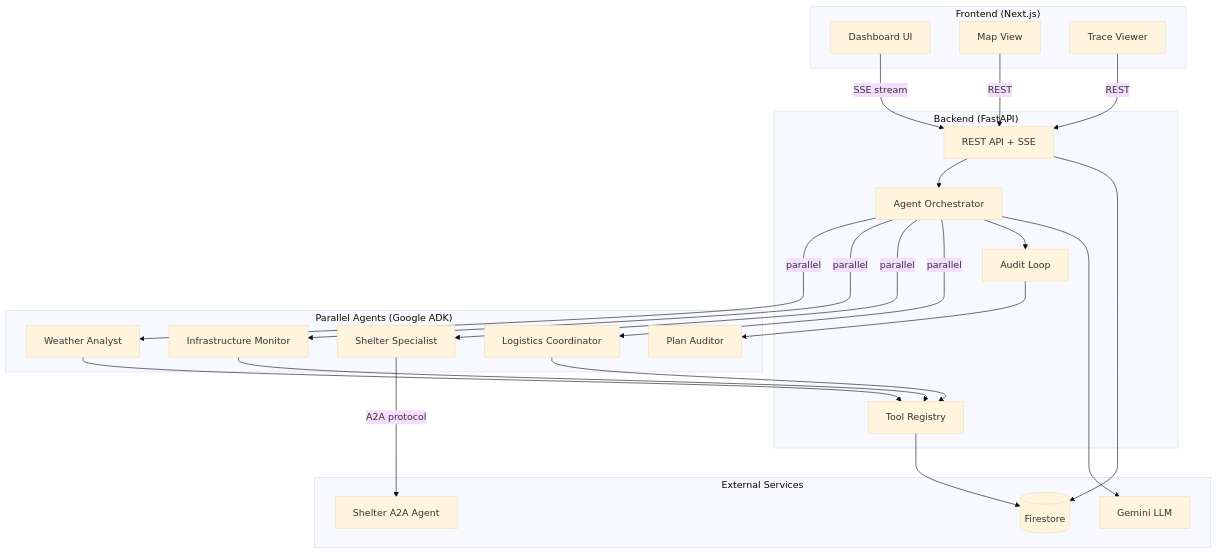
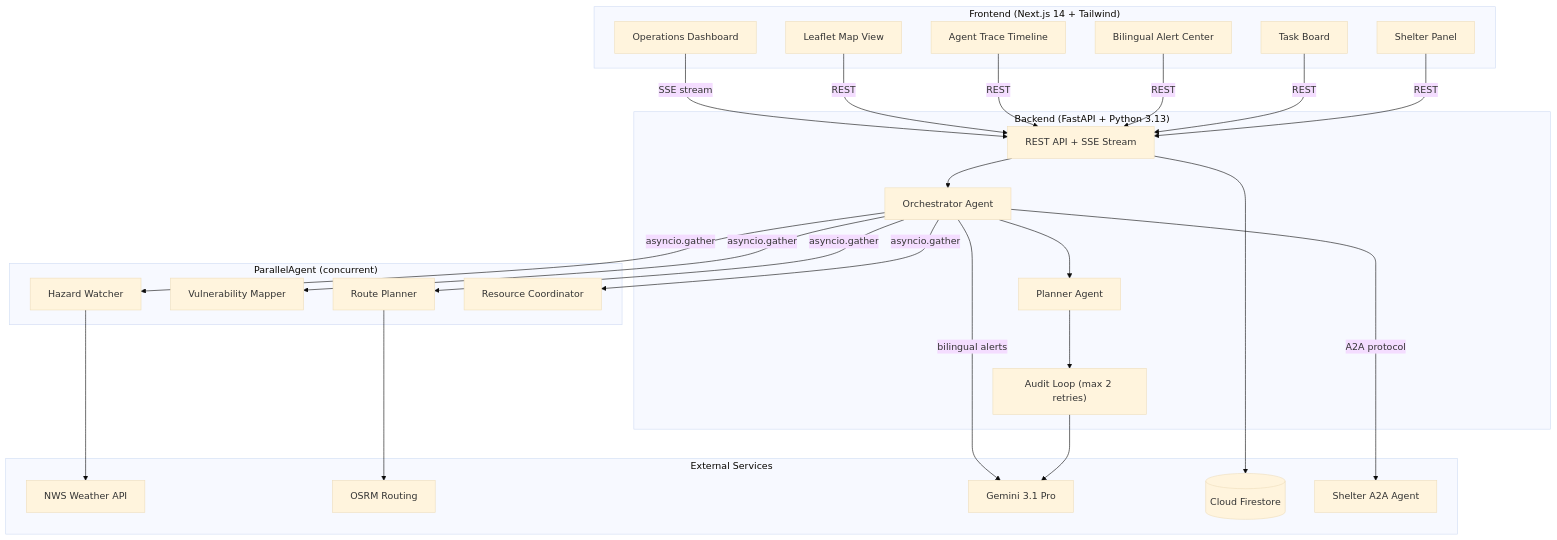
Before and after one commit to SaiBalusu-usf/Grid-Guardian: the diagram in docs/README.md, drawn with Mermaid (base theme). The commit also changed other lines of this file and 1 other file, not shown here.

First line of the commit message:
docs: comprehensive README with live URLs, architecture, and full API reference

````diff
--- a/docs/README.md
+++ b/docs/README.md
@@ -11,47 +13,48 @@
 ```mermaid
 graph TB
-    subgraph Frontend ["Frontend (Next.js)"]
-        Dashboard[Dashboard UI]
-        Map[Map View]
-        Trace[Trace Viewer]
+    subgraph Frontend ["Frontend (Next.js 14 + Tailwind)"]
+        Dashboard[Operations Dashboard]
+        Map[Leaflet Map View]
+        Trace[Agent Trace Timeline]
+        Alerts[Bilingual Alert Center]
+        Tasks[Task Board]
+        Shelters[Shelter Panel]
     end
 
-    subgraph Backend ["Backend (FastAPI)"]
-        API[REST API + SSE]
-        Orchestrator[Agent Orchestrator]
-        AuditLoop[Audit Loop]
-        Tools[Tool Registry]
+    subgraph Backend ["Backend (FastAPI + Python 3.13)"]
+        API[REST API + SSE Stream]
+        Orchestrator[Orchestrator Agent]
+        AuditLoop["Audit Loop (max 2 retries)"]
+        Planner[Planner Agent]
     end
 
-    subgraph Agents ["Parallel Agents (Google ADK)"]
-        WA[Weather Analyst]
-        IM[Infrastructure Monitor]
-        SS[Shelter Specialist]
-        LC[Logistics Coordinator]
-        PA[Plan Auditor]
+    subgraph Parallel ["ParallelAgent (concurrent)"]
+        HW[Hazard Watcher]
+        VM[Vulnerability Mapper]
+        RP[Route Planner]
+        RC[Resource Coordinator]
     end
 
     subgraph External ["External Services"]
-        Firestore[(Firestore)]
+        NWS[NWS Weather API]
+        OSRM[OSRM Routing]
+        Gemini[Gemini 3.1 Pro]
+        Firestore[(Cloud Firestore)]
         ShelterA2A[Shelter A2A Agent]
-        Gemini[Gemini LLM]
     end
 
     Dashboard -->|SSE stream| API
-    Map -->|REST| API
-    Trace -->|REST| API
+    Map & Trace & Alerts & Tasks & Shelters -->|REST| API
 
     API --> Orchestrator
-    Orchestrator -->|parallel| WA & IM & SS & LC
-    Orchestrator --> AuditLoop
-    AuditLoop --> PA
+    Orchestrator -->|asyncio.gather| HW & VM & RP & RC
+    Orchestrator --> Planner
+    Planner --> AuditLoop
+    Orchestrator -->|A2A protocol| ShelterA2A
+    Orchestrator -->|bilingual alerts| Gemini
 
-    WA --> Tools
-    IM --> Tools
-    LC --> Tools
-    SS -->|A2A protocol| ShelterA2A
-
-    Tools --> Firestore
-    Orchestrator --> Gemini
+    HW --> NWS
+    RP --> OSRM
+    AuditLoop --> Gemini
     API --> Firestore
 ```
````
